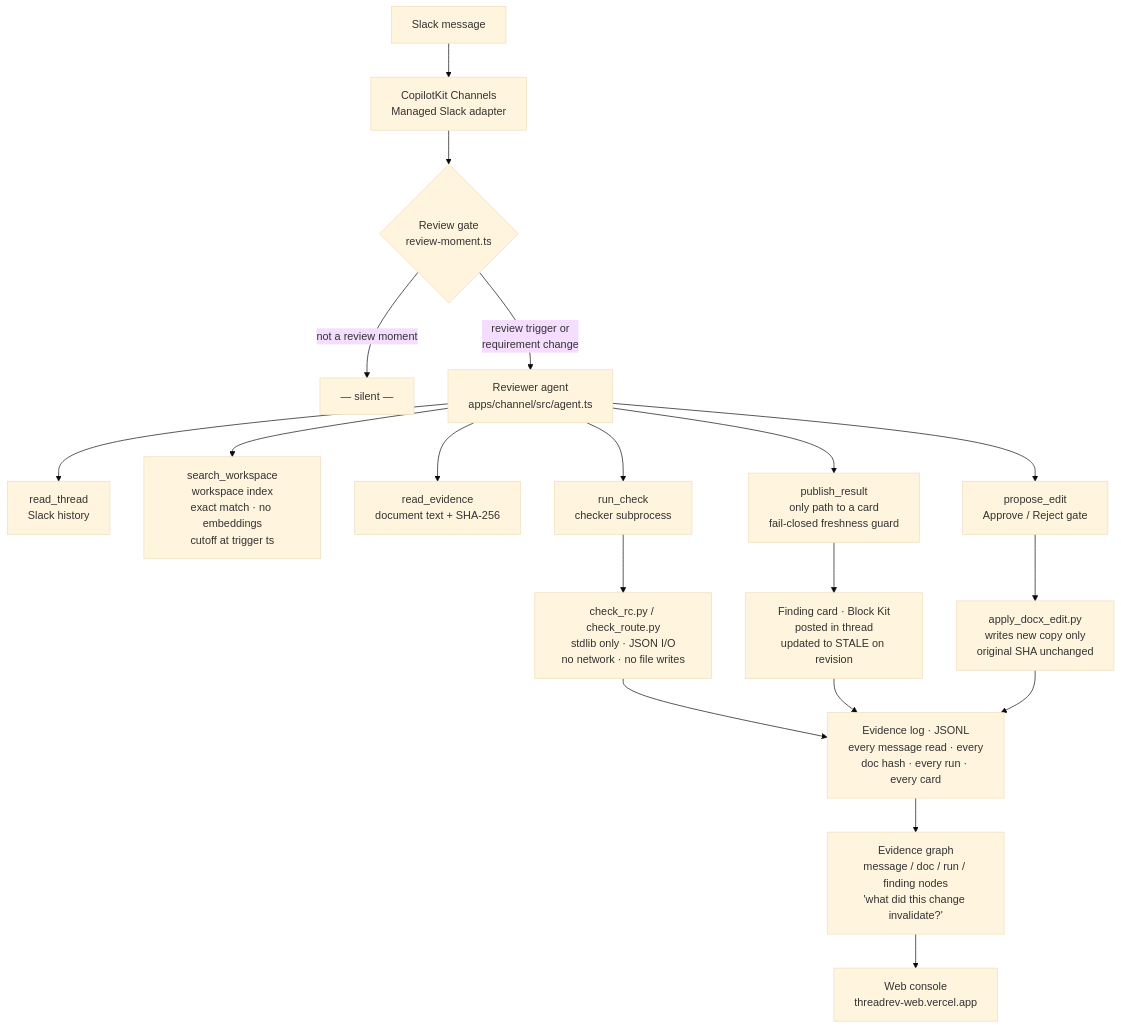
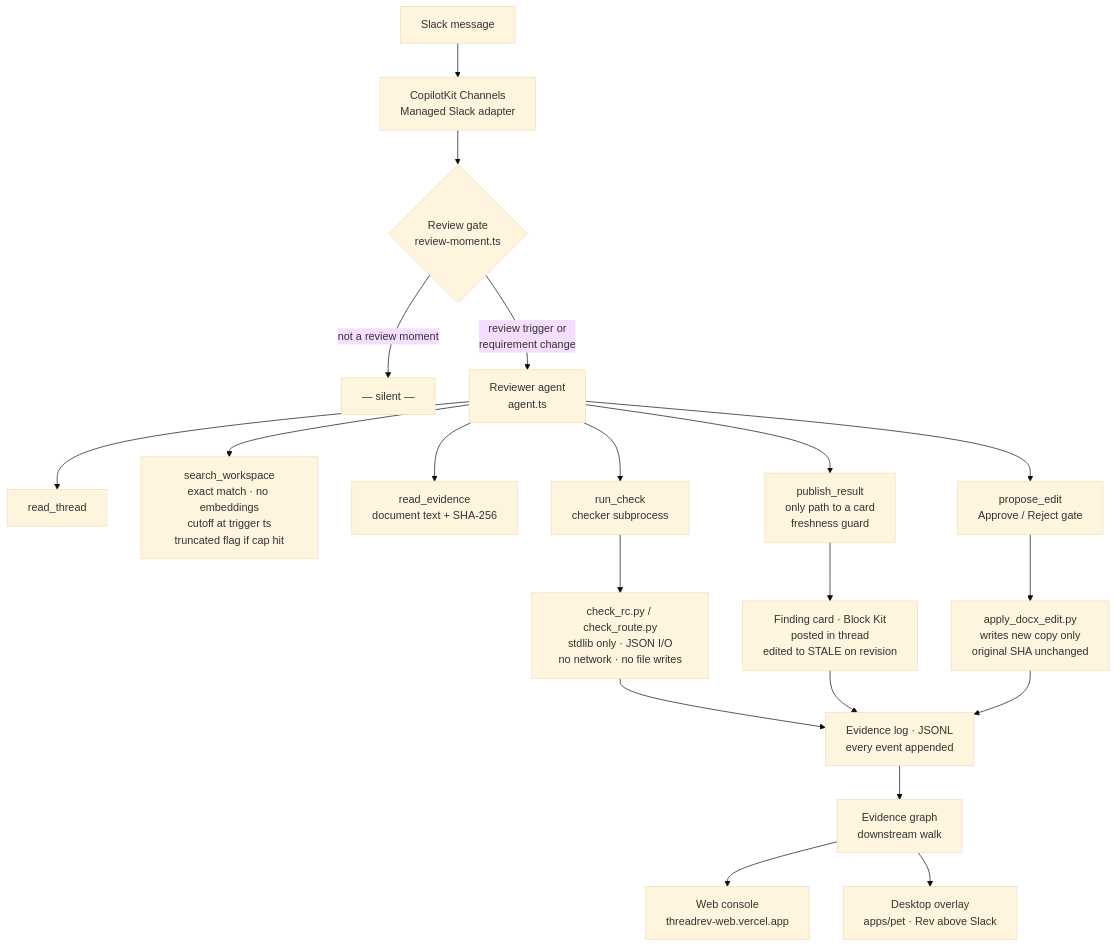
One commit to gabegraves/ThreadRev changed the diagram in README.md. Above: the diagram before and after it, drawn with Mermaid (base theme). The commit also changed other lines of this file, not shown here.

````diff
--- a/README.md
+++ b/README.md
@@ -93,24 +97,25 @@
 ```mermaid
 flowchart TB
-    A["Slack message"] --> B["CopilotKit Channels\nManaged Slack adapter"]
-    B --> C{"Review gate\nreview-moment.ts"}
+    A["Slack message"] --> B["CopilotKit Channels<br/>Managed Slack adapter"]
+    B --> C{"Review gate<br/>review-moment.ts"}
     C -->|"not a review moment"| D["— silent —"]
-    C -->|"review trigger or\nrequirement change"| E["Reviewer agent\napps/channel/src/agent.ts"]
+    C -->|"review trigger or<br/>requirement change"| E["Reviewer agent<br/>agent.ts"]
 
-    E --> T1["read_thread\nSlack history"]
-    E --> T2["search_workspace\nworkspace index\nexact match · no embeddings\ncutoff at trigger ts"]
-    E --> T3["read_evidence\ndocument text + SHA-256"]
-    E --> T4["run_check\nchecker subprocess"]
-    E --> T5["publish_result\nonly path to a card\nfail-closed freshness guard"]
-    E --> T6["propose_edit\nApprove / Reject gate"]
+    E --> T1["read_thread"]
+    E --> T2["search_workspace<br/>exact match · no embeddings<br/>cutoff at trigger ts<br/>truncated flag if cap hit"]
+    E --> T3["read_evidence<br/>document text + SHA-256"]
+    E --> T4["run_check<br/>checker subprocess"]
+    E --> T5["publish_result<br/>only path to a card<br/>freshness guard"]
+    E --> T6["propose_edit<br/>Approve / Reject gate"]
 
-    T4 --> PY["check_rc.py / check_route.py\nstdlib only · JSON I/O\nno network · no file writes"]
-    T5 --> CARD["Finding card · Block Kit\nposted in thread\nupdated to STALE on revision"]
-    T6 --> APPL["apply_docx_edit.py\nwrites new copy only\noriginal SHA unchanged"]
+    T4 --> PY["check_rc.py / check_route.py<br/>stdlib only · JSON I/O<br/>no network · no file writes"]
+    T5 --> CARD["Finding card · Block Kit<br/>posted in thread<br/>edited to STALE on revision"]
+    T6 --> APPL["apply_docx_edit.py<br/>writes new copy only<br/>original SHA unchanged"]
 
-    PY --> LOG["Evidence log · JSONL\nevery message read · every\ndoc hash · every run · every card"]
+    PY --> LOG["Evidence log · JSONL<br/>every event appended"]
     CARD --> LOG
     APPL --> LOG
-    LOG --> GRAPH["Evidence graph\nmessage / doc / run / finding nodes\n'what did this change invalidate?'"]
-    GRAPH --> WEB["Web console\nthreadrev-web.vercel.app"]
+    LOG --> GRAPH["Evidence graph<br/>downstream walk"]
+    GRAPH --> WEB["Web console<br/>threadrev-web.vercel.app"]
+    GRAPH --> PET["Desktop overlay<br/>apps/pet · Rev above Slack"]
 ```
````
